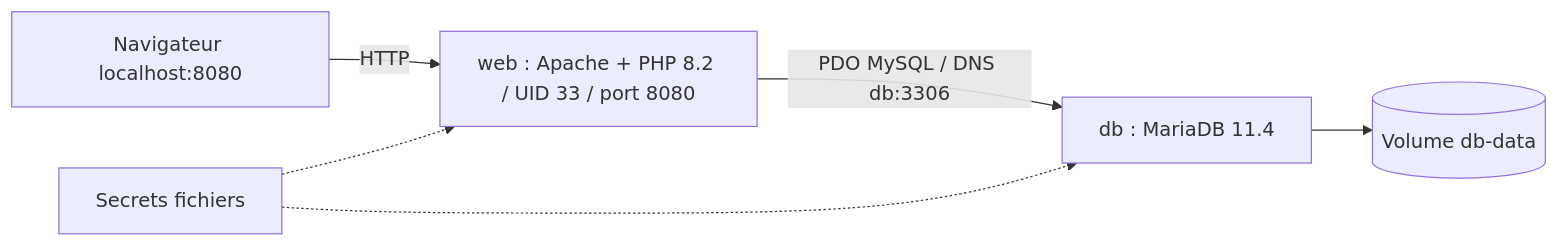
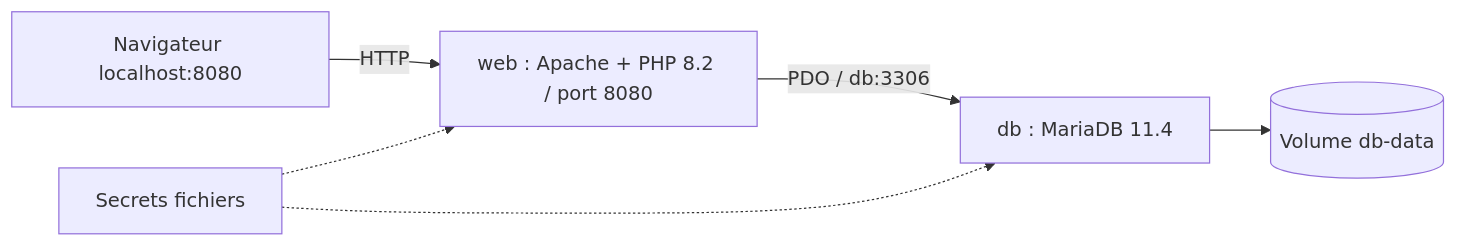
Before and after one commit to Mouedrhiri/docker-articles: the diagram in README.md, drawn with Mermaid. The commit also changed other lines of this file and 7 other files, not shown here.

````diff
--- a/README.md
+++ b/README.md
@@ -20,8 +28,8 @@
 ```mermaid
 flowchart LR
-    Browser[Navigateur localhost:8080] -->|HTTP| Web[web : Apache + PHP 8.2 / UID 33 / port 8080]
-    Web -->|PDO MySQL / DNS db:3306| DB[db : MariaDB 11.4]
+    Browser[Navigateur localhost:8080] -->|HTTP| Web[web : Apache + PHP 8.2 / port 8080]
+    Web -->|PDO / db:3306| DB[db : MariaDB 11.4]
     DB --> Volume[(Volume db-data)]
     Secret[Secrets fichiers] -.-> Web
     Secret -.-> DB
 ```
````
